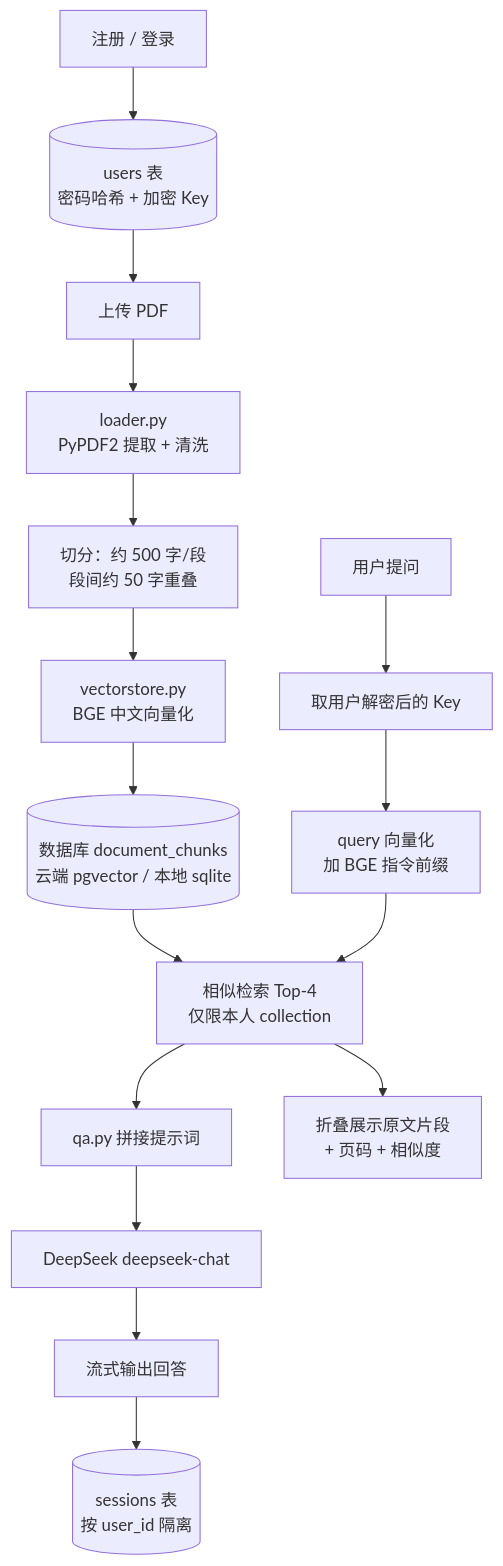
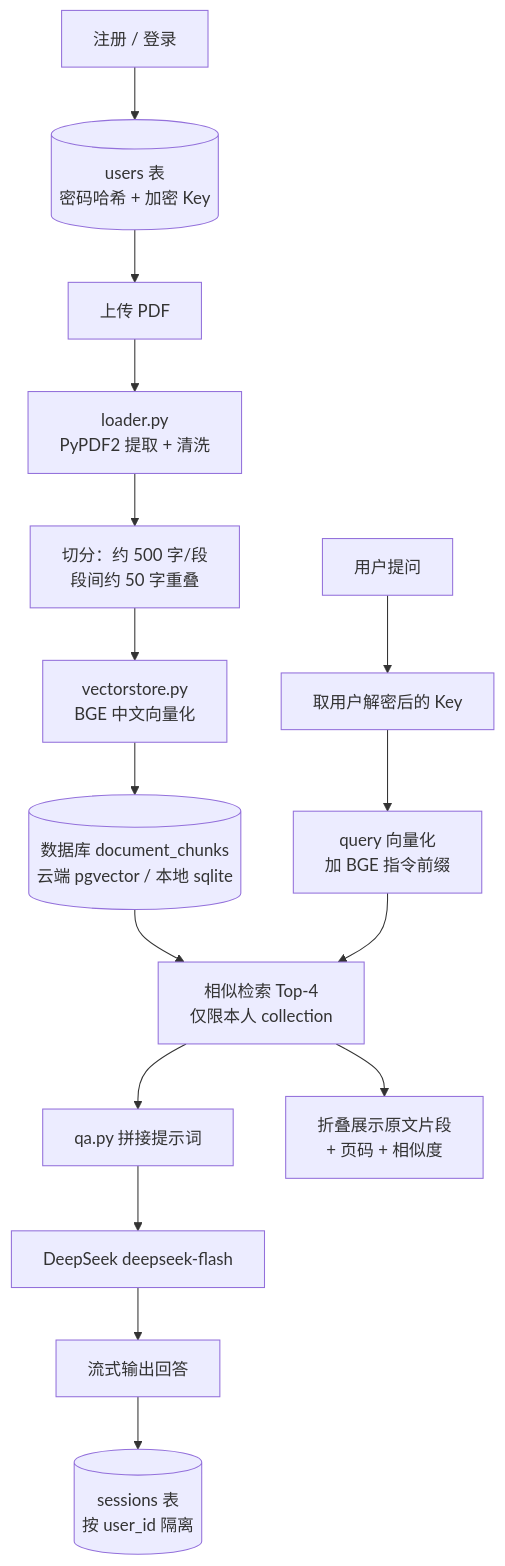
Before and after one commit to bowenren-Andrew/rag-pdf-qa: the diagram in README.md, drawn with Mermaid. The commit also changed other lines of this file and 6 other files, not shown here.

````diff
--- a/README.md
+++ b/README.md
@@ -133,19 +133,19 @@
 ```mermaid
 flowchart TD
     A[注册 / 登录] --> A1[(users 表<br/>密码哈希 + 加密 Key)]
     A1 --> B[上传 PDF]
     B --> C[loader.py<br/>PyPDF2 提取 + 清洗]
     C --> D[切分：约 500 字/段<br/>段间约 50 字重叠]
     D --> E[vectorstore.py<br/>BGE 中文向量化]
     E --> F[(数据库 document_chunks<br/>云端 pgvector / 本地 sqlite)]
 
     G[用户提问] --> H[取用户解密后的 Key]
     H --> I[query 向量化<br/>加 BGE 指令前缀]
     F --> J[相似检索 Top-4<br/>仅限本人 collection]
     I --> J
     J --> K[qa.py 拼接提示词]
-    K --> L[DeepSeek deepseek-chat]
+    K --> L[DeepSeek deepseek-flash]
     L --> M[流式输出回答]
     J --> N[折叠展示原文片段<br/>+ 页码 + 相似度]
     M --> O[(sessions 表<br/>按 user_id 隔离)]
 ```
````
